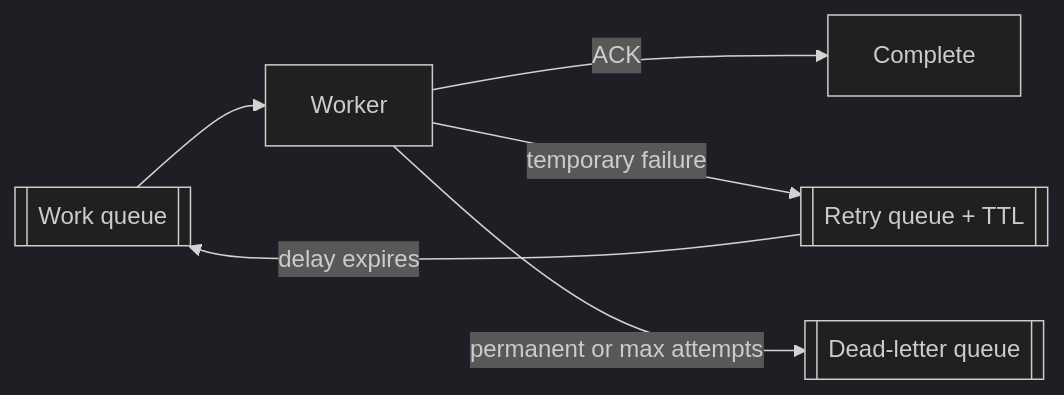
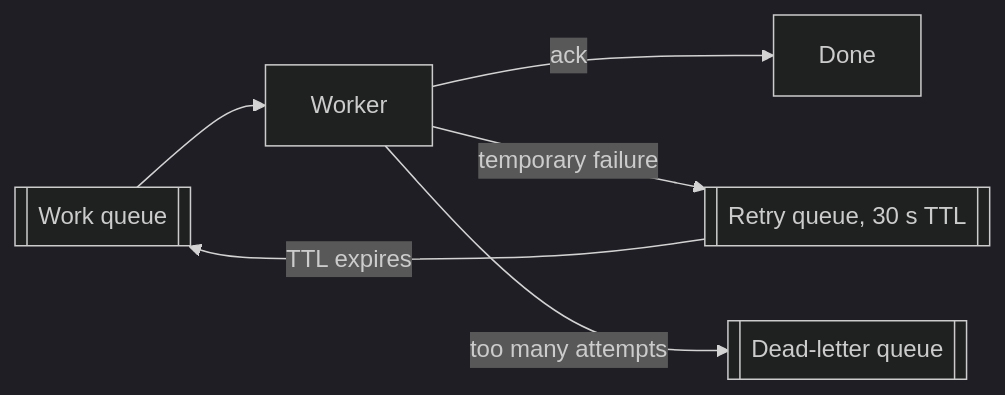
The second of 2 diagrams in queues/rabbitmq.md (alanqi03/sys-design), drawn with Mermaid (dark theme) before and after one commit. The commit also changed other lines of this file and 6 other files, not shown here.

````diff
--- a/queues/rabbitmq.md
+++ b/queues/rabbitmq.md
@@ -81,8 +62,8 @@
 ```{mermaid}
 flowchart LR
   work[[Work queue]] --> worker[Worker]
-  worker -->|ACK| done[Complete]
-  worker -->|temporary failure| retry[[Retry queue + TTL]]
-  retry -->|delay expires| work
-  worker -->|permanent or max attempts| dlq[[Dead-letter queue]]
+  worker -->|ack| done[Done]
+  worker -->|temporary failure| retry[[Retry queue, 30 s TTL]]
+  retry -->|TTL expires| work
+  worker -->|too many attempts| dlq[[Dead-letter queue]]
 ```
````
